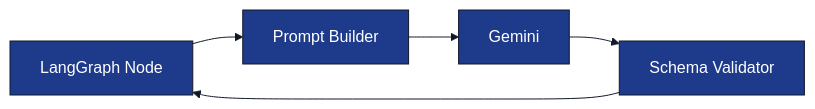
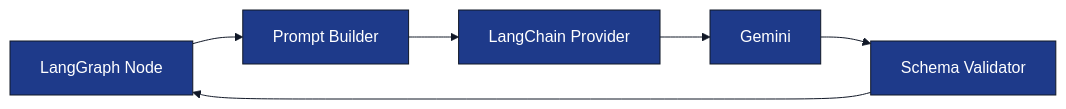
One commit to Veeru123456778/ai-interview-service changed the diagram in docs/tech-spec/06_prompt_architecture.md. Above: the diagram before and after it, drawn with Mermaid. The commit also changed other lines of this file, not shown here.

Commit message:
fixes the prompt architecture

````diff
--- a/docs/tech-spec/06_prompt_architecture.md
+++ b/docs/tech-spec/06_prompt_architecture.md
@@ -102,32 +102,31 @@
 ```mermaid
 %%{init:{
   "theme":"base",
   "themeVariables":{
     "background":"#FFFFFF",
     "primaryColor":"#1E3A8A",
     "primaryTextColor":"#FFFFFF",
     "primaryBorderColor":"#111827",
     "secondaryColor":"#2563EB",
     "secondaryTextColor":"#FFFFFF",
     "tertiaryColor":"#DBEAFE",
     "lineColor":"#111827",
     "edgeLabelBackground":"#FFFFFF",
     "fontFamily":"Inter"
   }
 }}%%
 
 flowchart LR
 
     NODE["LangGraph Node"]
-
     BUILDER["Prompt Builder"]
-
+    PROVIDER["LangChain Provider"]
     GEMINI["Gemini"]
-
     VALIDATOR["Schema Validator"]
 
     NODE --> BUILDER
-    BUILDER --> GEMINI
+    BUILDER --> PROVIDER
+    PROVIDER --> GEMINI
     GEMINI --> VALIDATOR
     VALIDATOR --> NODE
 ```
````
